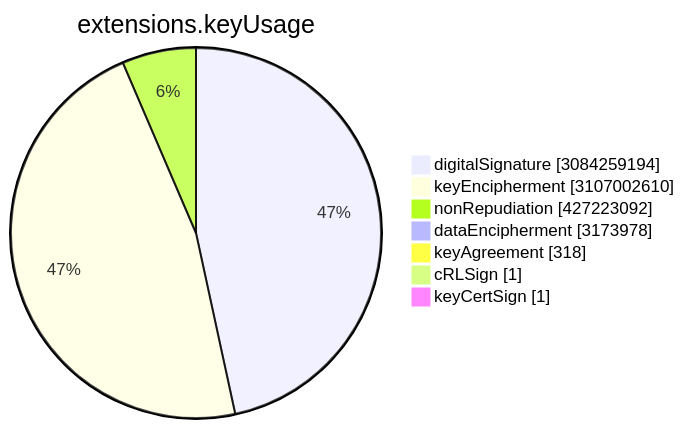
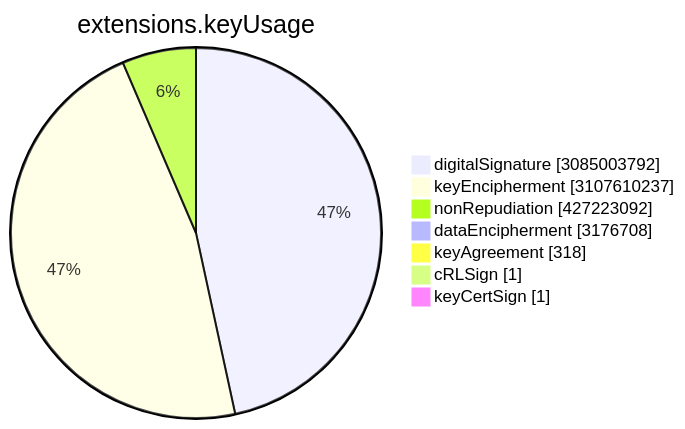
The sixth of 15 diagrams in TOTAL/README.md (christiankrug/ctmonitor_visualization), drawn with Mermaid before and after one commit. The commit also changed other lines of this file, not shown here.

````diff
--- a/TOTAL/README.md
+++ b/TOTAL/README.md
@@ -3075,11 +3075,11 @@
 ```mermaid
 pie showData
 title extensions.keyUsage
-"digitalSignature" :3084259194
-"keyEncipherment" :3107002610
+"digitalSignature" :3085003792
+"keyEncipherment" :3107610237
 "nonRepudiation" :427223092
-"dataEncipherment" :3173978
+"dataEncipherment" :3176708
 "keyAgreement" :318
 "cRLSign" :1
 "keyCertSign" :1
 ```
````
